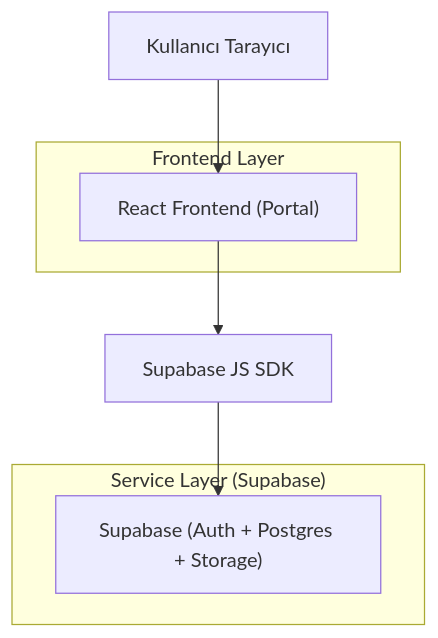
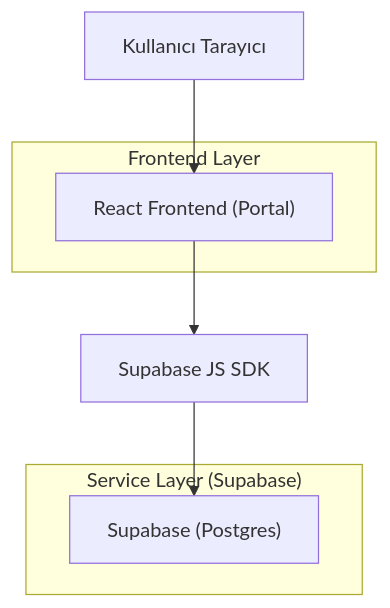
One commit to kadirogreten/ai_agent changed the first of 2 diagrams in .trae/documents/agent-portal-technical-architecture.md. Above: the diagram before and after it, drawn with Mermaid. The commit also changed other lines of this file and 10 other files, not shown here.

````diff
--- a/.trae/documents/agent-portal-technical-architecture.md
+++ b/.trae/documents/agent-portal-technical-architecture.md
@@ -2,14 +2,14 @@
 ```mermaid
 graph TD
   A["Kullanıcı Tarayıcı"] --> B["React Frontend (Portal)"]
   B --> C["Supabase JS SDK"]
-  C --> D["Supabase (Auth + Postgres + Storage)"]
+  C --> D["Supabase (Postgres)"]
 
   subgraph "Frontend Layer"
     B
   end
 
   subgraph "Service Layer (Supabase)"
     D
   end
 ```
````
